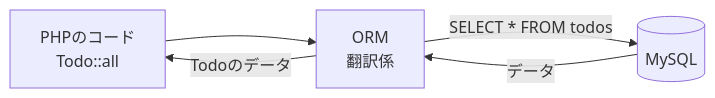
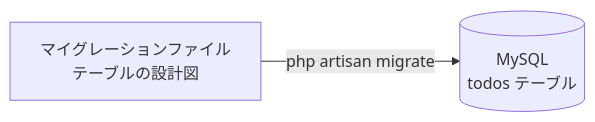
Before and after one commit to hakobunet/iica-koyama: the second of 4 diagrams in docs/1年生_データ設計とアプリ開発/後期/20261015/20261015_資料_2.md, drawn with Mermaid. The commit also changed other lines of this file and 1 other file, not shown here.

Commit message:
docs: 10/15のLaravel入門資料をMVCのしくみとTodo一覧の作成に分け、図解を追加

````diff
--- a/docs/1年生_データ設計とアプリ開発/後期/20261015/20261015_資料_2.md
+++ b/docs/1年生_データ設計とアプリ開発/後期/20261015/20261015_資料_2.md
@@ -16,7 +115,4 @@
 ```mermaid
 graph LR
-    A[PHPのコード<br>Todo::all] --> O[ORM<br>翻訳係]
-    O -->|SELECT * FROM todos| D[(MySQL)]
-    D -->|データ| O
-    O -->|Todoのデータ| A
+    F[マイグレーションファイル<br>テーブルの設計図] -->|php artisan migrate| D[(MySQL<br>todos テーブル)]
 ```
````
